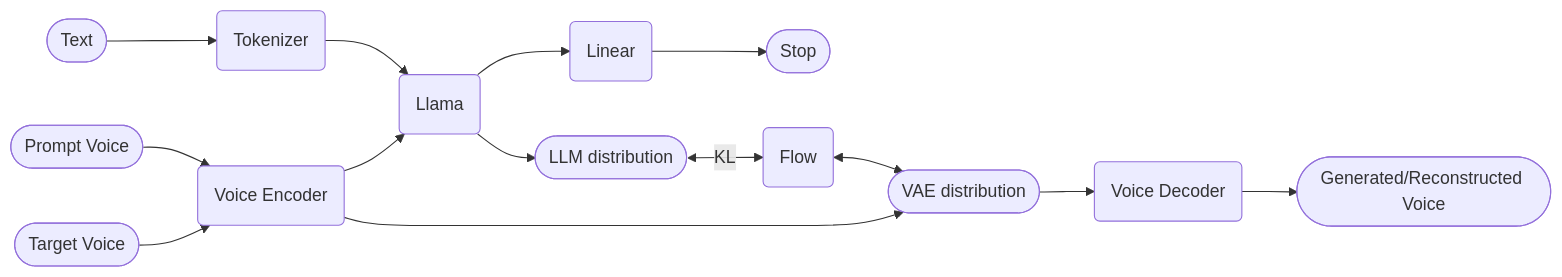
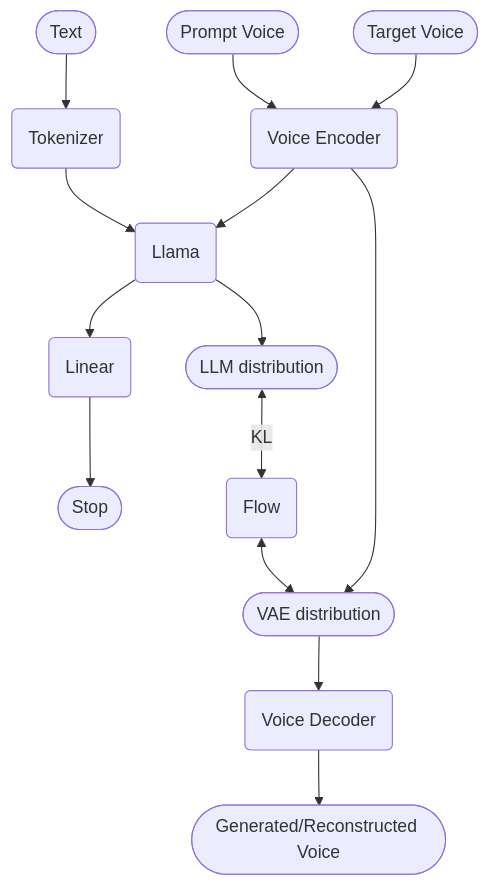
One commit to OpenT2S/LlamaVoice changed the diagram in README.md. Above: the diagram before and after it, drawn with Mermaid.

````diff
--- a/README.md
+++ b/README.md
@@ -9,13 +9,12 @@
 ```mermaid
-flowchart LR
-
+graph TD
     text([Text]) --> bbpe(Tokenizer)
     bbpe --> model(Llama)
     Voice_prompt([Prompt Voice]) --> speech_encoder(Voice Encoder) --> model
     model --> linear(Linear) --> stop([Stop])
     model --> dist1([LLM distribution])
     dist1 <--> | KL| flow(Flow) <--> dist2([VAE distribution])
 
     wav2([Target Voice]) --> speech_encoder --> dist2 --> v(Voice Decoder) --> wav3([Generated/Reconstructed Voice])
 
 ```
````
